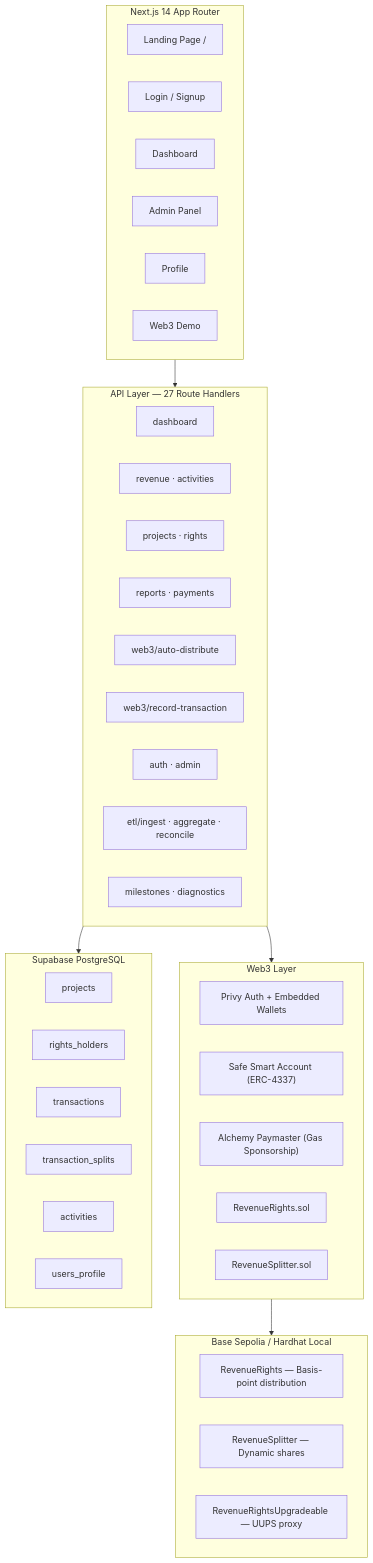
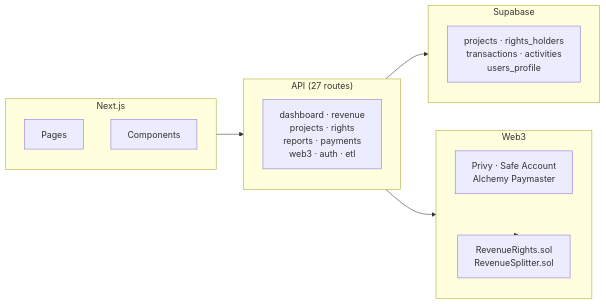
Before and after one commit to Lunim-Corporate/web3-distribution: the diagram in README.md, drawn with Mermaid.

Commit message:
docs: compact Mermaid diagram (LR layout)

````diff
--- a/README.md
+++ b/README.md
@@ -26,51 +26,29 @@
 ```mermaid
-graph TB
-    subgraph Frontend["Next.js 14 App Router"]
-        LP["Landing Page /"]
-        LG["Login / Signup"]
-        DASH["Dashboard"]
-        ADMIN["Admin Panel"]
-        PROFILE["Profile"]
-        W3D["Web3 Demo"]
+graph LR
+    subgraph Frontend["Next.js"]
+        direction TB
+        Pg["Pages"]
+        Cm["Components"]
     end
 
-    subgraph API["API Layer — 27 Route Handlers"]
-        A1["dashboard"]
-        A2["revenue · activities"]
-        A3["projects · rights"]
-        A4["reports · payments"]
-        A5["web3/auto-distribute"]
-        A6["web3/record-transaction"]
-        A7["auth · admin"]
-        A8["etl/ingest · aggregate · reconcile"]
-        A9["milestones · diagnostics"]
+    subgraph API["API (27 routes)"]
+        direction TB
+        Ar["dashboard · revenue<br/>projects · rights<br/>reports · payments<br/>web3 · auth · etl"]
     end
 
-    subgraph Web3["Web3 Layer"]
-        W1["Privy Auth + Embedded Wallets"]
-        W2["Safe Smart Account (ERC-4337)"]
-        W3["Alchemy Paymaster (Gas Sponsorship)"]
-        W4["RevenueRights.sol"]
-        W5["RevenueSplitter.sol"]
+    subgraph Web3["Web3"]
+        direction TB
+        Wa["Privy · Safe Account<br/>Alchemy Paymaster"]
+        Sc["RevenueRights.sol<br/>RevenueSplitter.sol"]
     end
 
-    subgraph DB["Supabase PostgreSQL"]
-        D1["projects"]
-        D2["rights_holders"]
-        D3["transactions"]
-        D4["transaction_splits"]
-        D5["activities"]
-        D6["users_profile"]
-    end
-
-    subgraph Chain["Base Sepolia / Hardhat Local"]
-        C1["RevenueRights — Basis-point distribution"]
-        C2["RevenueSplitter — Dynamic shares"]
-        C3["RevenueRightsUpgradeable — UUPS proxy"]
+    subgraph DB["Supabase"]
+        direction TB
+        Db["projects · rights_holders<br/>transactions · activities<br/>users_profile"]
     end
 
     Frontend --> API
     API --> Web3
     API --> DB
-    Web3 --> Chain
+    Web3 --> Sc
 ```
````
